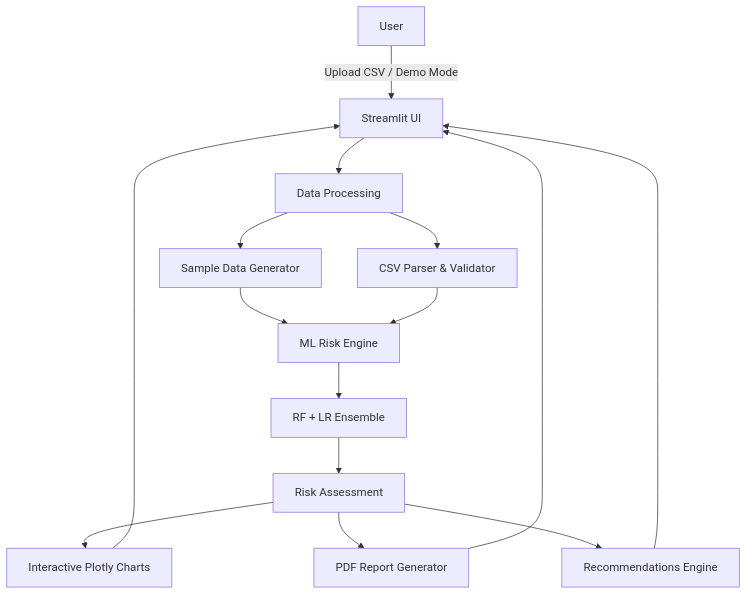
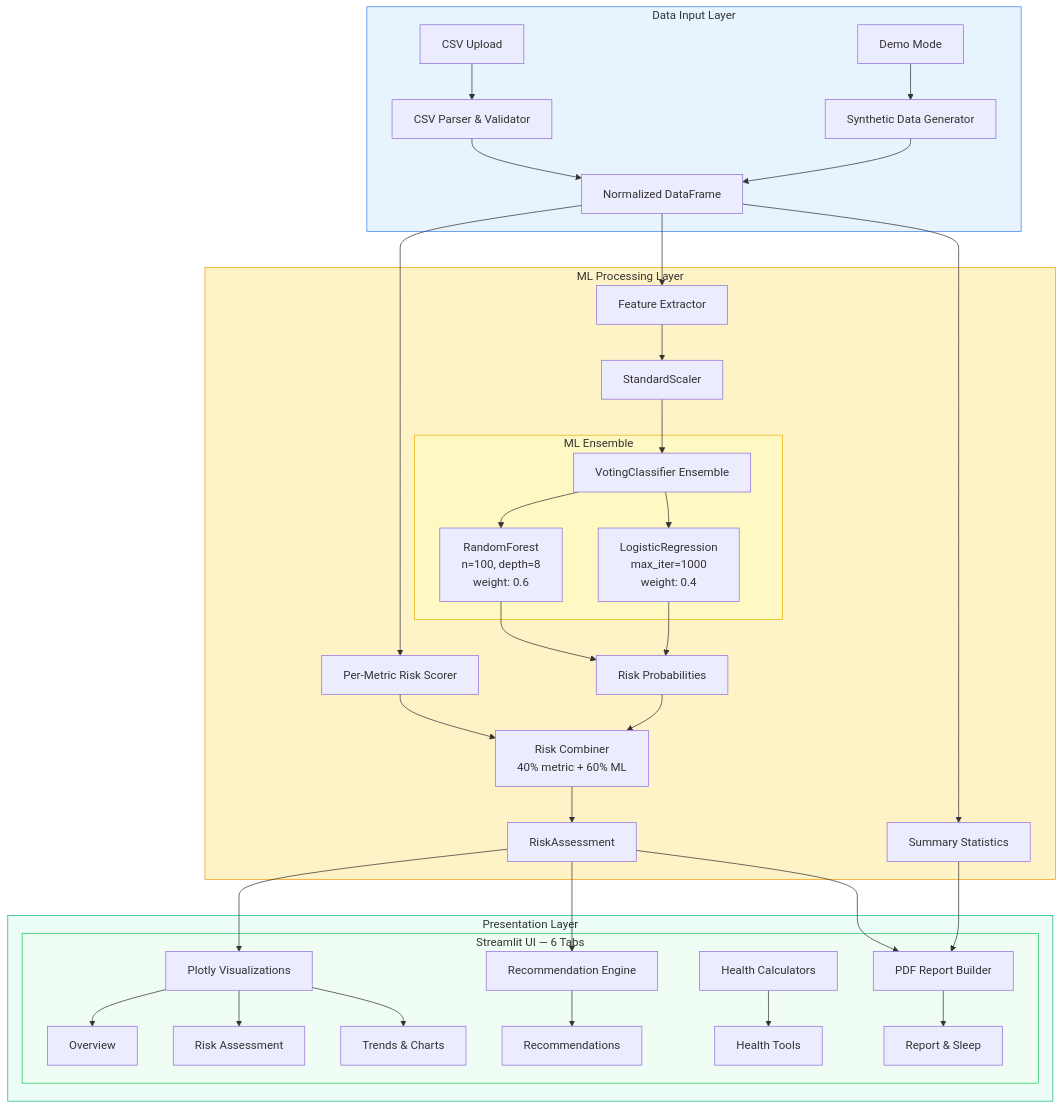
The first of 3 diagrams in README.md (Akasxh/healthpulse-ai), drawn with Mermaid before and after one commit. The commit also changed other lines of this file and 26 other files, not shown here.

````diff
--- a/README.md
+++ b/README.md
@@ -46,17 +55,50 @@
 ```mermaid
 graph TD
-    A[User] -->|Upload CSV / Demo Mode| B[Streamlit UI]
-    B --> C[Data Processing]
-    C --> D[Sample Data Generator]
-    C --> E[CSV Parser & Validator]
-    D --> F[ML Risk Engine]
-    E --> F
-    F --> G[RF + LR Ensemble]
-    G --> H[Risk Assessment]
-    H --> I[Interactive Plotly Charts]
-    H --> J[PDF Report Generator]
-    H --> K[Recommendations Engine]
-    I --> B
-    J --> B
-    K --> B
+    subgraph Input["Data Input Layer"]
+        A[CSV Upload] --> V[CSV Parser & Validator]
+        B[Demo Mode] --> G[Synthetic Data Generator]
+        V --> N[Normalized DataFrame]
+        G --> N
+    end
+
+    subgraph Processing["ML Processing Layer"]
+        N --> S[Summary Statistics]
+        N --> MR[Per-Metric Risk Scorer]
+        N --> FE[Feature Extractor]
+        FE --> SC[StandardScaler]
+        SC --> ENS[VotingClassifier Ensemble]
+
+        subgraph Ensemble["ML Ensemble"]
+            ENS --> RF[RandomForest<br/>n=100, depth=8<br/>weight: 0.6]
+            ENS --> LR[LogisticRegression<br/>max_iter=1000<br/>weight: 0.4]
+        end
+
+        RF --> PROB[Risk Probabilities]
+        LR --> PROB
+        MR --> COMBINE[Risk Combiner<br/>40% metric + 60% ML]
+        PROB --> COMBINE
+        COMBINE --> RA[RiskAssessment]
+    end
+
+    subgraph Output["Presentation Layer"]
+        RA --> VIZ[Plotly Visualizations]
+        RA --> REC[Recommendation Engine]
+        RA --> PDF[PDF Report Builder]
+        S --> PDF
+
+        subgraph UI["Streamlit UI — 6 Tabs"]
+            VIZ --> T1[Overview]
+            VIZ --> T2[Risk Assessment]
+            VIZ --> T3[Trends & Charts]
+            REC --> T4[Recommendations]
+            TOOLS[Health Calculators] --> T5[Health Tools]
+            PDF --> T6[Report & Sleep]
+        end
+    end
+
+    style Input fill:#e8f4fd,stroke:#3b82f6
+    style Processing fill:#fef3c7,stroke:#f59e0b
+    style Output fill:#ecfdf5,stroke:#10b981
+    style Ensemble fill:#fef9c3,stroke:#eab308
+    style UI fill:#f0fdf4,stroke:#22c55e
 ```
````
